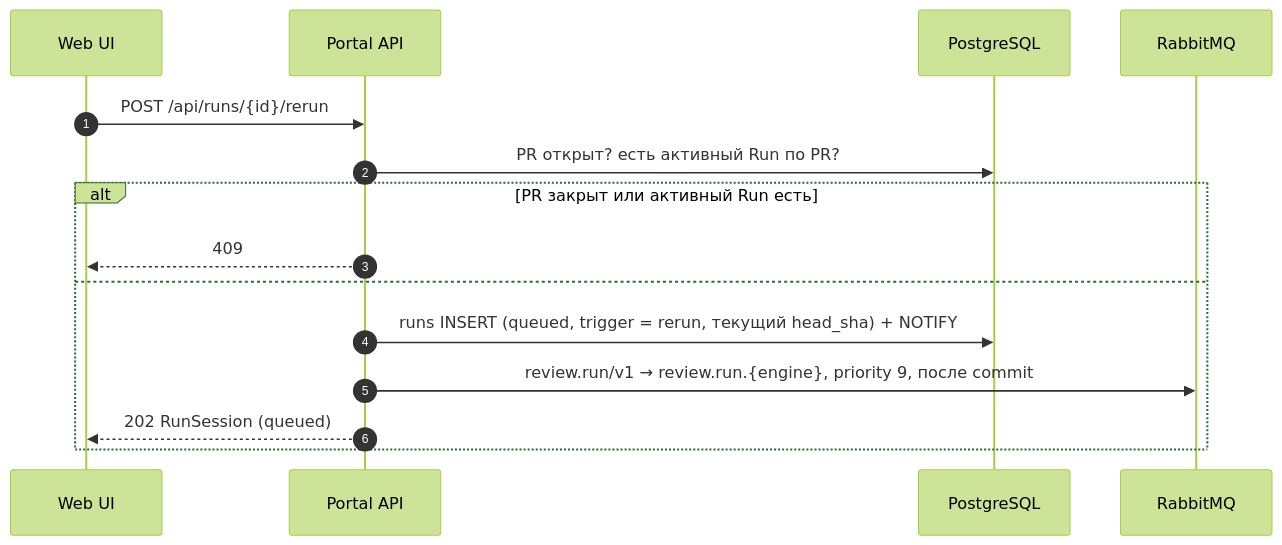
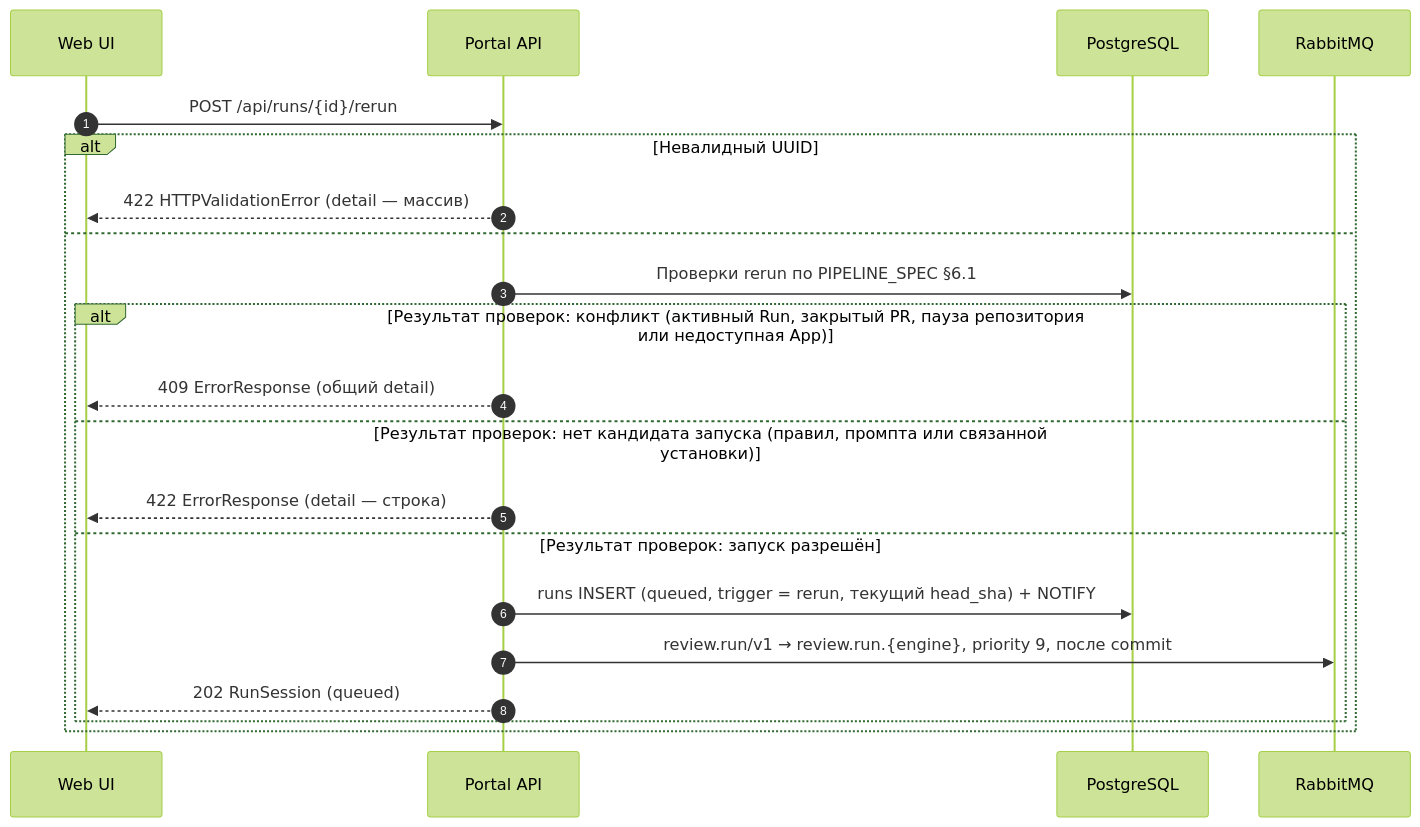
Before and after one commit to larchanka-training/dmc-268-api-t6: the tenth of 13 diagrams in docs/SYSTEM_DESIGN.md, drawn with Mermaid (forest theme). The commit also changed other lines of this file and 6 other files, not shown here.

````diff
--- a/docs/SYSTEM_DESIGN.md
+++ b/docs/SYSTEM_DESIGN.md
@@ -498,18 +498,24 @@
 ```mermaid
 sequenceDiagram
   autonumber
   participant B as Web UI
   participant P as Portal API
   participant PG as PostgreSQL
   participant MQ as RabbitMQ
 
   B->>P: POST /api/runs/{id}/rerun
-  P->>PG: PR открыт? есть активный Run по PR?
-  alt PR закрыт или активный Run есть
-    P-->>B: 409
+  alt Невалидный UUID
+    P-->>B: 422 HTTPValidationError (detail — массив)
   else
-    P->>PG: runs INSERT (queued, trigger = rerun, текущий head_sha) + NOTIFY
-    P->>MQ: review.run/v1 → review.run.{engine}, priority 9, после commit
-    P-->>B: 202 RunSession (queued)
+    P->>PG: Проверки rerun по PIPELINE_SPEC §6.1
+    alt Результат проверок: конфликт (активный Run, закрытый PR, пауза репозитория или недоступная App)
+      P-->>B: 409 ErrorResponse (общий detail)
+    else Результат проверок: нет кандидата запуска (правил, промпта или связанной установки)
+      P-->>B: 422 ErrorResponse (detail — строка)
+    else Результат проверок: запуск разрешён
+      P->>PG: runs INSERT (queued, trigger = rerun, текущий head_sha) + NOTIFY
+      P->>MQ: review.run/v1 → review.run.{engine}, priority 9, после commit
+      P-->>B: 202 RunSession (queued)
+    end
   end
 ```
````
